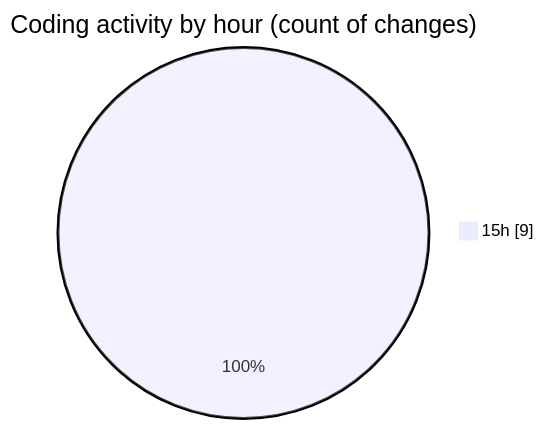
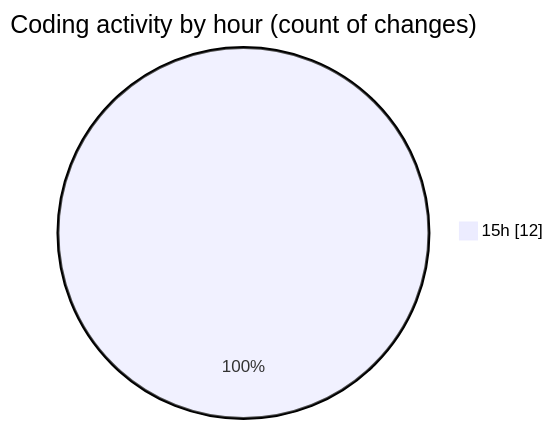
The second of 2 diagrams in 2025-09-07/keynode1/README.md (lephambinh05/code-tracking), drawn with Mermaid before and after one commit. The commit also changed other lines of this file and 1 other file, not shown here.

````diff
--- a/2025-09-07/keynode1/README.md
+++ b/2025-09-07/keynode1/README.md
@@ -28,5 +28,5 @@
 ```mermaid
 pie showData
 title Coding activity by hour (count of changes)
-"15h" : 9
+"15h" : 12
 ```
````
